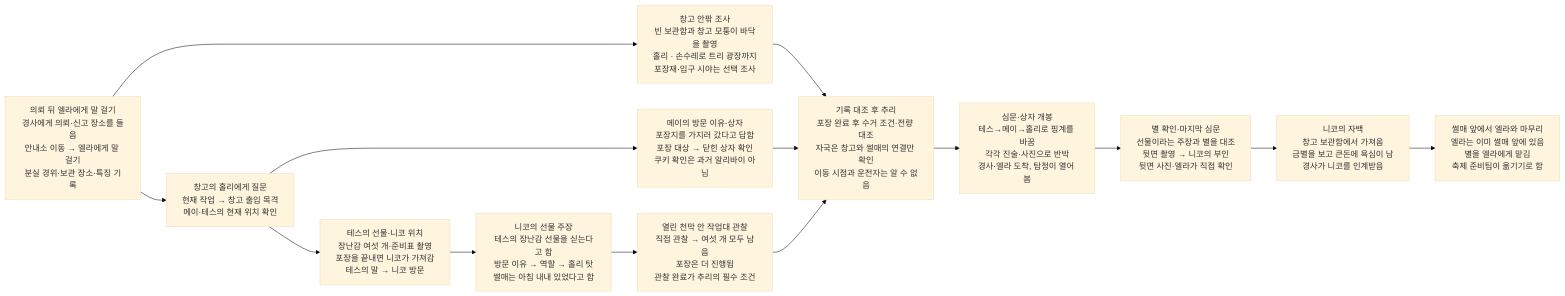
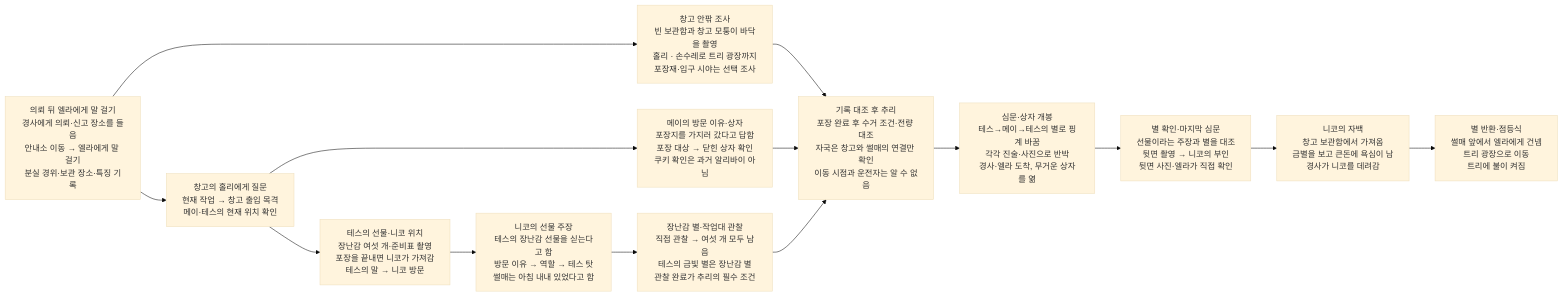
Before and after one commit to wonny95/detective-v2: the second of 2 diagrams in design/case-10-christmas-star.md, drawn with Mermaid (base theme). The commit also changed other lines of this file and 3 other files, not shown here.

````diff
--- a/design/case-10-christmas-star.md
+++ b/design/case-10-christmas-star.md
@@ -49,28 +49,28 @@
 ```mermaid
 flowchart LR
     s1["의뢰 뒤 엘라에게 말 걸기<br/>경사에게 의뢰·신고 장소를 들음<br/>안내소 이동 → 엘라에게 말 걸기<br/>분실 경위·보관 장소·특징 기록"]
     s2["창고의 홀리에게 질문<br/>현재 작업 → 창고 출입 목격<br/>메이·테스의 현재 위치 확인"]
     s3["창고 안팎 조사<br/>빈 보관함과 창고 모퉁이 바닥을 촬영<br/>홀리 · 손수레로 트리 광장까지<br/>포장재·입구 시야는 선택 조사"]
     s4["메이의 방문 이유·상자<br/>포장지를 가지러 갔다고 답함<br/>포장 대상 → 닫힌 상자 확인<br/>쿠키 확인은 과거 알리바이 아님"]
     s5["테스의 선물·니코 위치<br/>장난감 여섯 개·준비표 촬영<br/>포장을 끝내면 니코가 가져감<br/>테스의 말 → 니코 방문"]
-    s6["니코의 선물 주장<br/>테스의 장난감 선물을 싣는다고 함<br/>방문 이유 → 역할 → 홀리 탓<br/>썰매는 아침 내내 있었다고 함"]
-    s7["열린 천막 안 작업대 관찰<br/>직접 관찰 → 여섯 개 모두 남음<br/>포장은 더 진행됨<br/>관찰 완료가 추리의 필수 조건"]
+    s6["니코의 선물 주장<br/>테스의 장난감 선물을 싣는다고 함<br/>방문 이유 → 역할 → 테스 탓<br/>썰매는 아침 내내 있었다고 함"]
+    s7["장난감 별·작업대 관찰<br/>직접 관찰 → 여섯 개 모두 남음<br/>테스의 금빛 별은 장난감 별<br/>관찰 완료가 추리의 필수 조건"]
     s8["기록 대조 후 추리<br/>포장 완료 후 수거 조건·전량 대조<br/>자국은 창고와 썰매의 연결만 확인<br/>이동 시점과 운전자는 알 수 없음"]
-    s9["심문·상자 개봉<br/>테스→메이→홀리로 핑계를 바꿈<br/>각각 진술·사진으로 반박<br/>경사·엘라 도착, 탐정이 열어 봄"]
+    s9["심문·상자 개봉<br/>테스→메이→테스의 별로 핑계 바꿈<br/>각각 진술·사진으로 반박<br/>경사·엘라 도착, 무거운 상자를 엶"]
     s10["별 확인·마지막 심문<br/>선물이라는 주장과 별을 대조<br/>뒷면 촬영 → 니코의 부인<br/>뒷면 사진·엘라가 직접 확인"]
-    s11["니코의 자백<br/>창고 보관함에서 가져옴<br/>금별을 보고 큰돈에 욕심이 남<br/>경사가 니코를 인계받음"]
-    s12["썰매 앞에서 엘라와 마무리<br/>엘라는 이미 썰매 앞에 있음<br/>별을 엘라에게 맡김<br/>축제 준비팀이 옮기기로 함"]
+    s11["니코의 자백<br/>창고 보관함에서 가져옴<br/>금별을 보고 큰돈에 욕심이 남<br/>경사가 니코를 데려감"]
+    s12["별 반환·점등식<br/>썰매 앞에서 엘라에게 건넴<br/>트리 광장으로 이동<br/>트리에 불이 켜짐"]
     s1 --> s2
     s1 --> s3
     s2 --> s4
     s2 --> s5
     s3 --> s8
     s4 --> s8
     s5 --> s6
     s6 --> s7
     s7 --> s8
     s8 --> s9
     s9 --> s10
     s10 --> s11
     s11 --> s12
 ```
````
